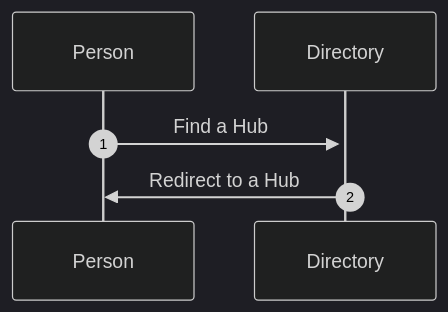
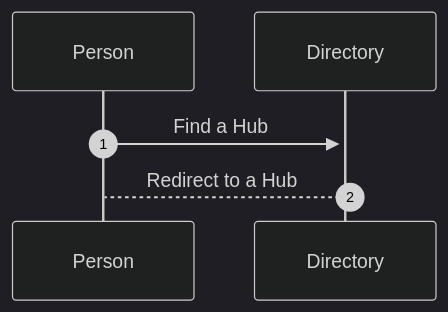
Before and after one commit to czrpb/Mentoring: the diagram in topics/documentation/drps/docs/README.md, drawn with Mermaid (dark theme).

````diff
--- a/topics/documentation/drps/docs/README.md
+++ b/topics/documentation/drps/docs/README.md
@@ -112,6 +112,6 @@
 ```mermaid
 sequenceDiagram
   autonumber
   Person->>+Directory: Find a Hub
-  Directory->>Person: Redirect to a Hub
+  Directory-->Person: Redirect to a Hub
 ```
````
